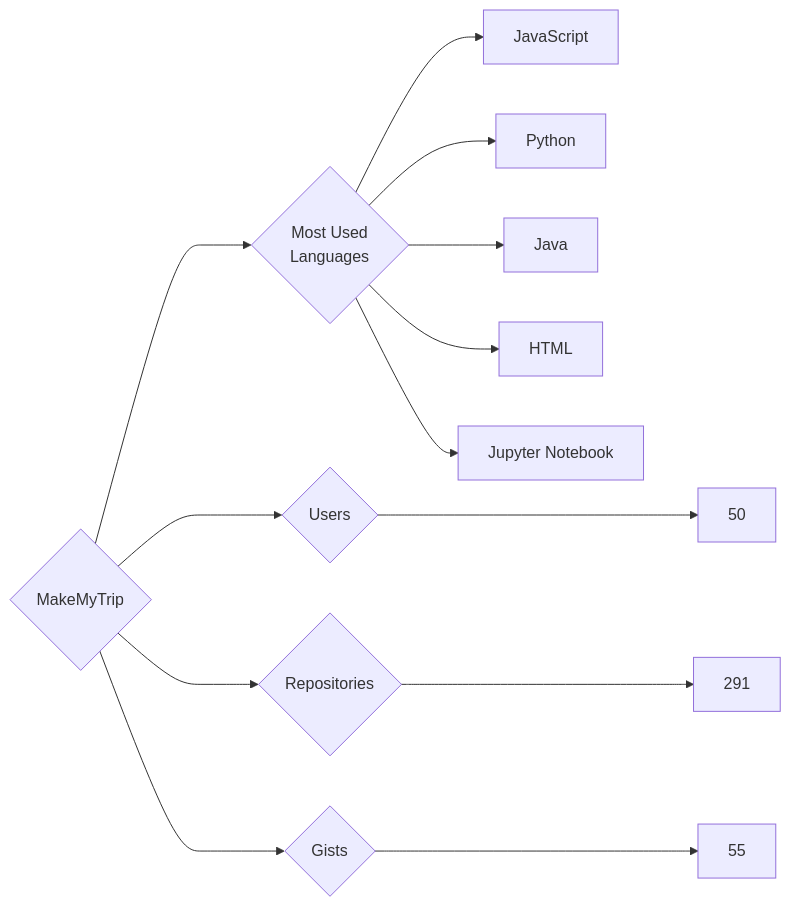
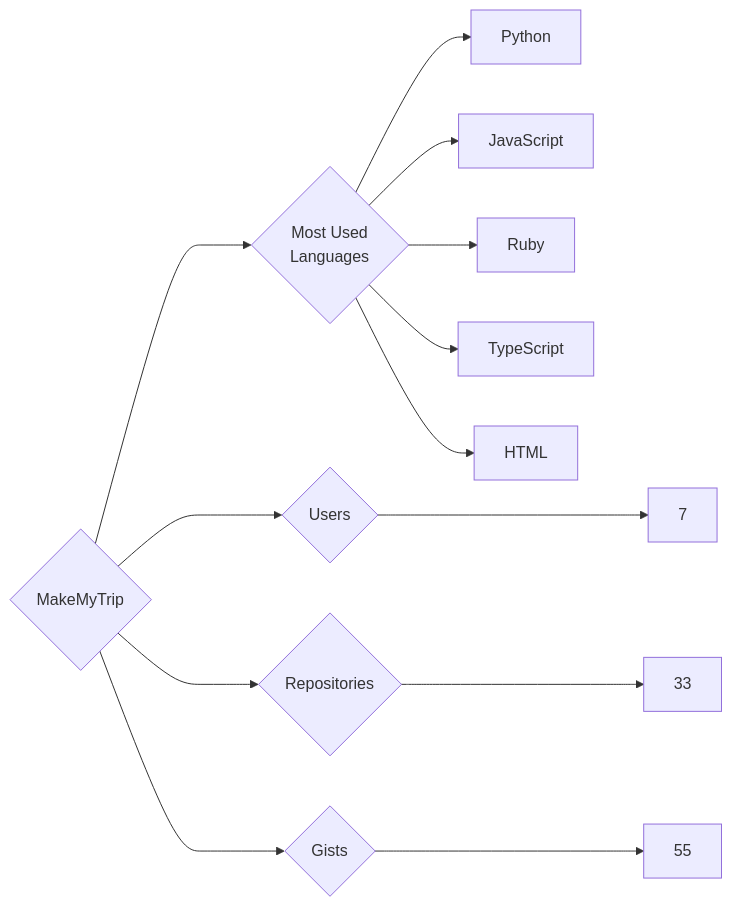
The diagram in targets/MakeMyTrip/README.md (trickest/insiders), drawn with Mermaid before and after one commit. The commit also changed 847 other files, not shown here.

````diff
--- a/targets/MakeMyTrip/README.md
+++ b/targets/MakeMyTrip/README.md
@@ -3,13 +3,13 @@
 ```mermaid
 graph LR
 COMPANY_NAME{MakeMyTrip}
-COMPANY_NAME ---> U{Users} ---> UN[50]
-COMPANY_NAME ---> R{Repositories} ---> RN[291]
+COMPANY_NAME ---> U{Users} ---> UN[7]
+COMPANY_NAME ---> R{Repositories} ---> RN[33]
 COMPANY_NAME ---> G{Gists} ---> GN[55]
 COMPANY_NAME ---> ML{Most Used<br>Languages}
+ML --> Python[Python]
 ML --> JavaScript[JavaScript]
-ML --> Python[Python]
-ML --> Java[Java]
+ML --> Ruby[Ruby]
+ML --> TypeScript[TypeScript]
 ML --> HTML[HTML]
-ML --> Jupyter_Notebook[Jupyter Notebook]
 ```
````
